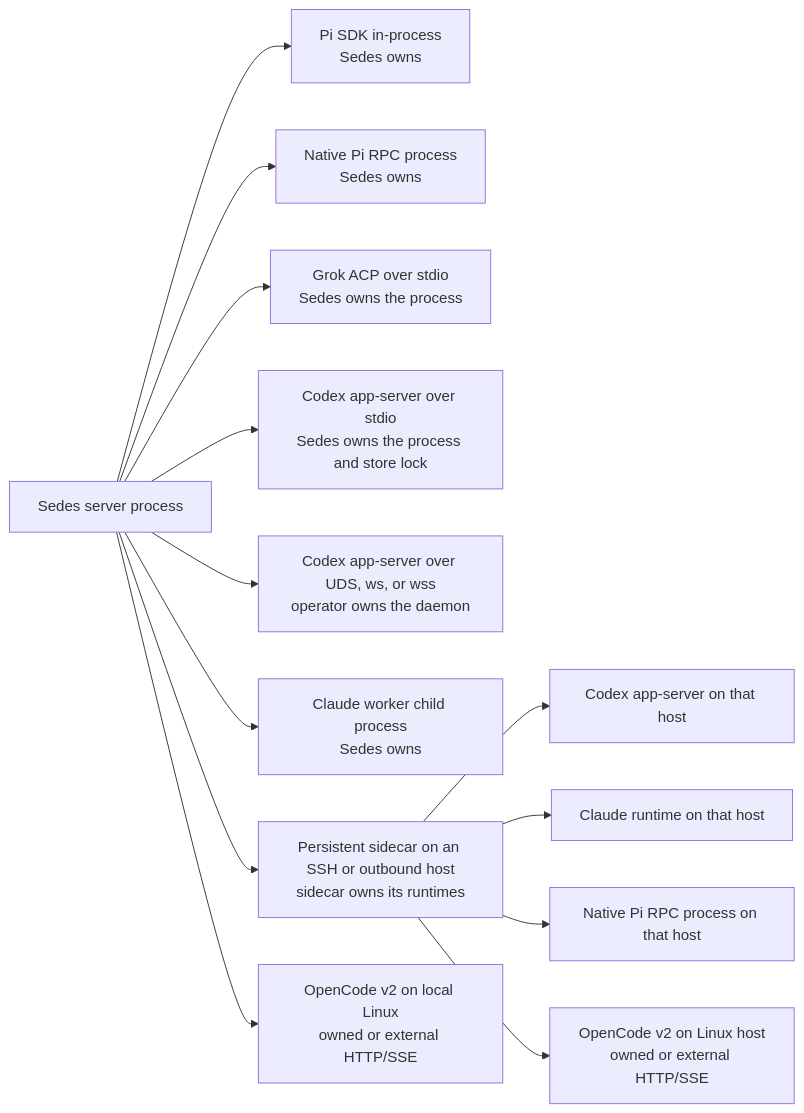
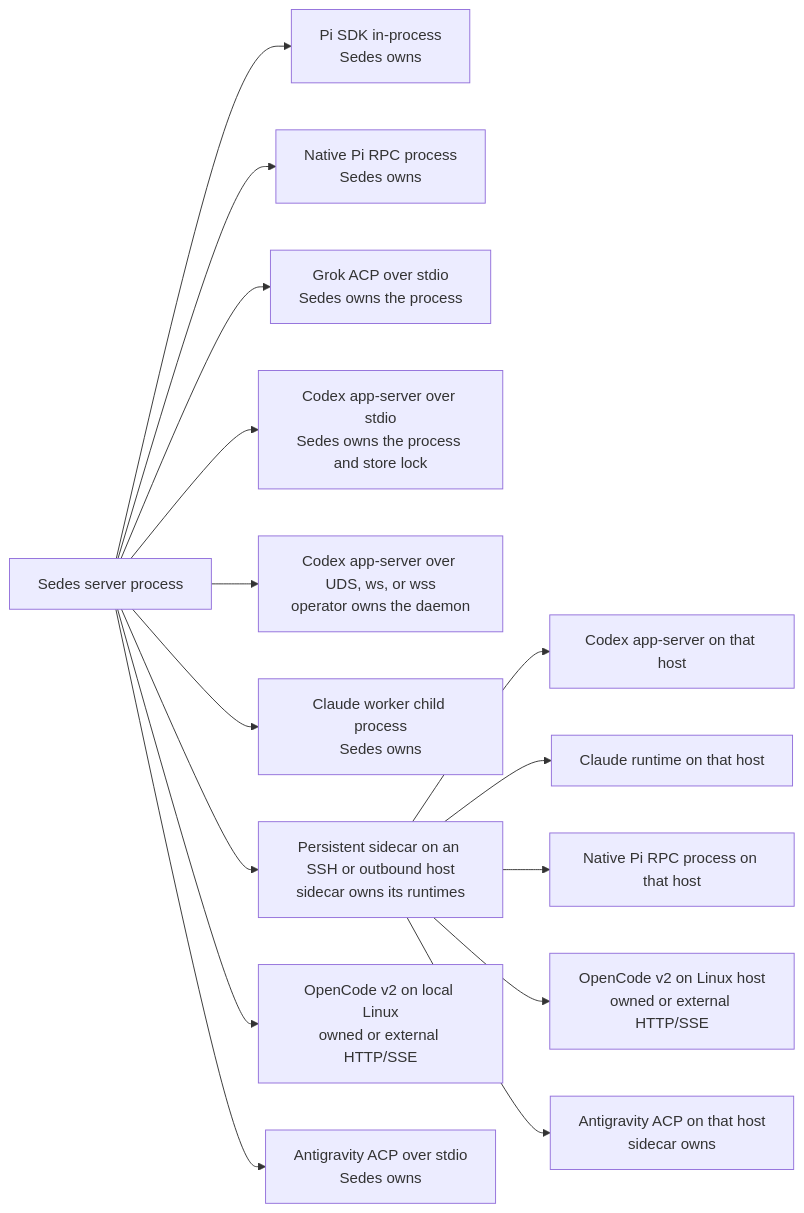
The second of 5 diagrams in docs/operator/connections.md (kcosr/sedes), drawn with Mermaid before and after one commit. The commit also changed other lines of this file and 170 other files, not shown here.

Commit message:
feat: add Antigravity ACP backend with persistent remote runtimes

````diff
--- a/docs/operator/connections.md
+++ b/docs/operator/connections.md
@@ -62,15 +62,17 @@
 ```mermaid
 flowchart LR
   S[Sedes server process] --> PI[Pi SDK in-process<br/>Sedes owns]
   S --> PIN[Native Pi RPC process<br/>Sedes owns]
   S --> GK[Grok ACP over stdio<br/>Sedes owns the process]
   S --> CXO[Codex app-server over stdio<br/>Sedes owns the process and store lock]
   S --> CXE[Codex app-server over UDS, ws, or wss<br/>operator owns the daemon]
   S --> CW[Claude worker child process<br/>Sedes owns]
   S --> SC[Persistent sidecar on an SSH or outbound host<br/>sidecar owns its runtimes]
   SC --> RCX[Codex app-server on that host]
   SC --> RCL[Claude runtime on that host]
   SC --> RPI[Native Pi RPC process on that host]
   S --> OCL[OpenCode v2 on local Linux<br/>owned or external HTTP/SSE]
   SC --> OCR[OpenCode v2 on Linux host<br/>owned or external HTTP/SSE]
+  S --> AGL[Antigravity ACP over stdio<br/>Sedes owns]
+  SC --> AGR[Antigravity ACP on that host<br/>sidecar owns]
 ```
````
